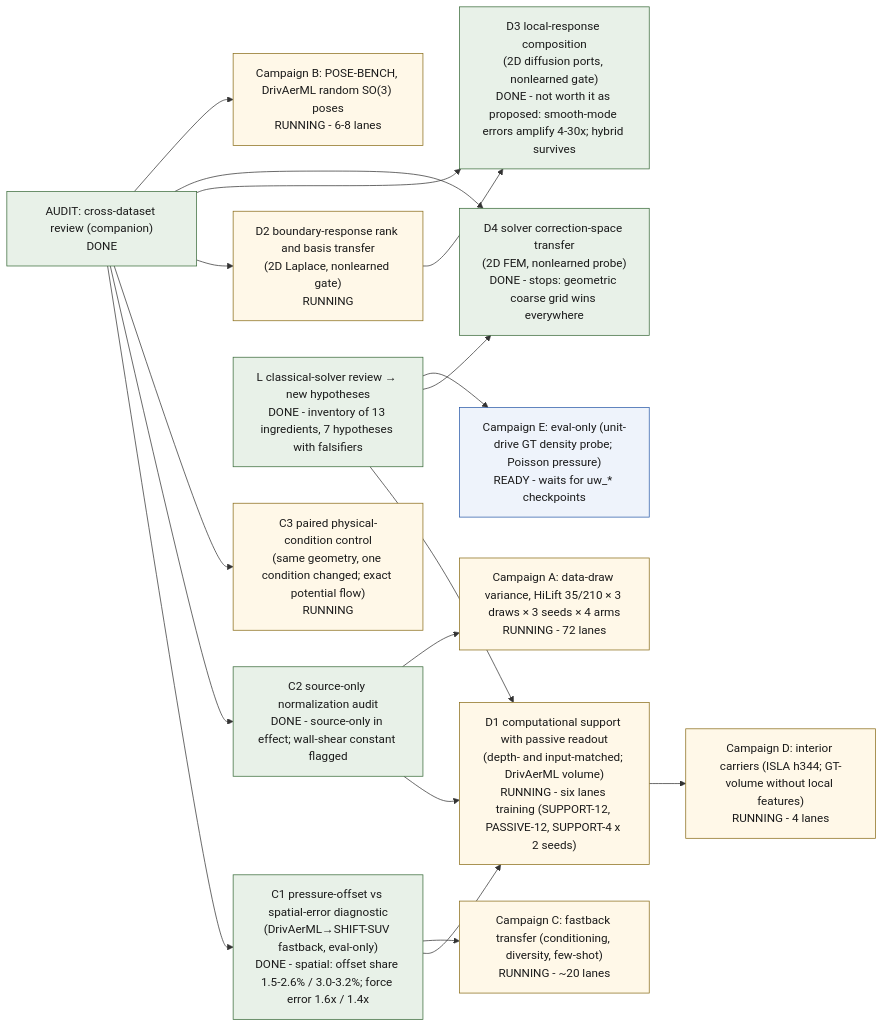
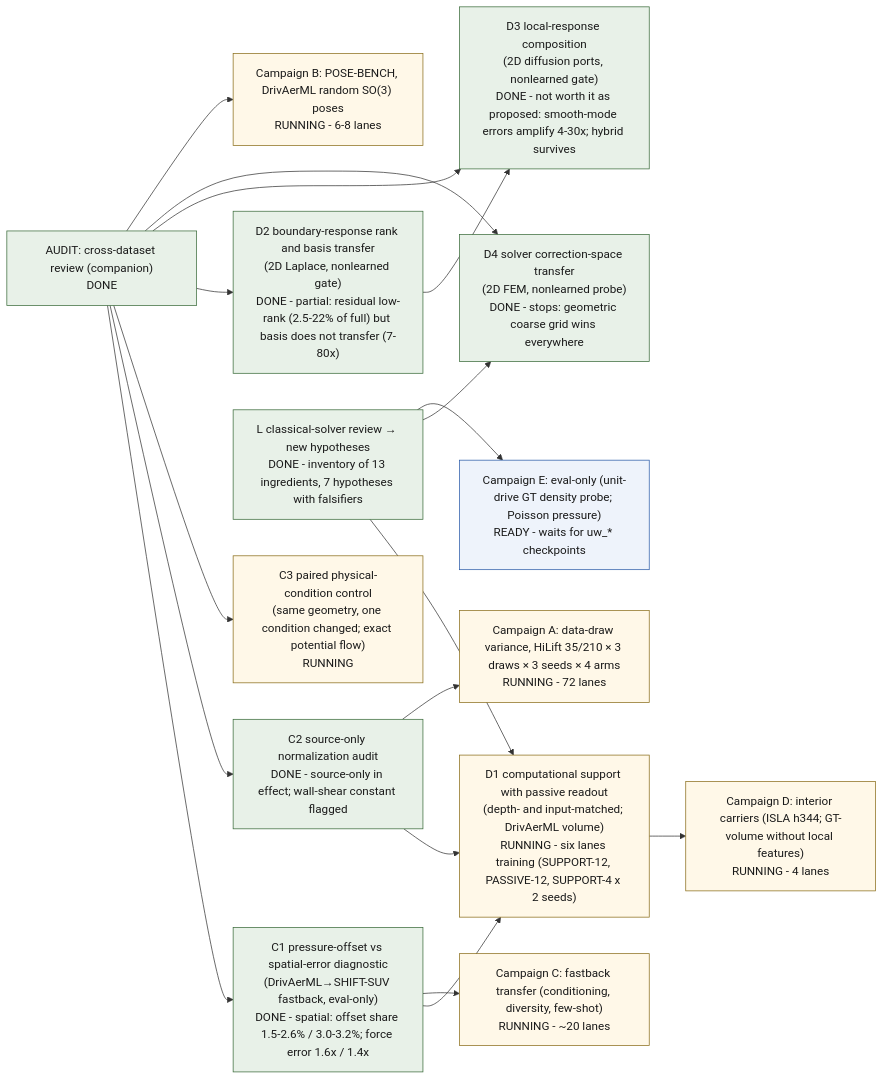
Before and after one commit to peterdsharpe/modulus: the diagram in examples/cfd/mesh_transformer/research/transfer_program/index.qmd, drawn with Mermaid. The commit also changed other lines of this file and 4 other files, not shown here.

Commit message:
Transfer program: D2 boundary-response verdict (partial: low-rank residual, non-transferable basis), chapter, ledger

````diff
--- a/examples/cfd/mesh_transformer/research/transfer_program/index.qmd
+++ b/examples/cfd/mesh_transformer/research/transfer_program/index.qmd
@@ -36,37 +36,37 @@
 ```{mermaid}
 flowchart LR
   classDef done fill:#e8f1e8,stroke:#3a6b3a,color:#1a1a1a
   classDef running fill:#fff8e8,stroke:#8a6d1a,color:#1a1a1a
   classDef ready fill:#eef3fb,stroke:#2a5ba8,color:#1a1a1a
   classDef planned fill:#f2f1ec,stroke:#898781,color:#1a1a1a,stroke-dasharray:4 3
   AUDIT["AUDIT: cross-dataset review (companion)<br/>DONE"]:::done
   POFF["C1 pressure-offset vs spatial-error diagnostic<br/>(DrivAerML→SHIFT-SUV fastback, eval-only)<br/>DONE - spatial: offset share 1.5-2.6% / 3.0-3.2%; force error 1.6x / 1.4x"]:::done
   SNORM["C2 source-only normalization audit<br/>DONE - source-only in effect; wall-shear constant flagged"]:::done
   PAIR["C3 paired physical-condition control<br/>(same geometry, one condition changed; exact potential flow)<br/>RUNNING"]:::running
   SUPP["D1 computational support with passive readout<br/>(depth- and input-matched; DrivAerML volume)<br/>RUNNING - six lanes training (SUPPORT-12, PASSIVE-12, SUPPORT-4 x 2 seeds)"]:::running
-  RESP["D2 boundary-response rank and basis transfer<br/>(2D Laplace, nonlearned gate)<br/>RUNNING"]:::running
+  RESP["D2 boundary-response rank and basis transfer<br/>(2D Laplace, nonlearned gate)<br/>DONE - partial: residual low-rank (2.5-22% of full) but basis does not transfer (7-80x)"]:::done
   COMP["D3 local-response composition<br/>(2D diffusion ports, nonlearned gate)<br/>DONE - not worth it as proposed: smooth-mode errors amplify 4-30x; hybrid survives"]:::done
   SOLV["D4 solver correction-space transfer<br/>(2D FEM, nonlearned probe)<br/>DONE - stops: geometric coarse grid wins everywhere"]:::done
   CLASS["L classical-solver review → new hypotheses<br/>DONE - inventory of 13 ingredients, 7 hypotheses with falsifiers"]:::done
   CAMPA["Campaign A: data-draw variance, HiLift 35/210 × 3 draws × 3 seeds × 4 arms<br/>RUNNING - 72 lanes"]:::running
   CAMPB["Campaign B: POSE-BENCH, DrivAerML random SO(3) poses<br/>RUNNING - 6-8 lanes"]:::running
   CAMPC["Campaign C: fastback transfer (conditioning, diversity, few-shot)<br/>RUNNING - ~20 lanes"]:::running
   CAMPD["Campaign D: interior carriers (ISLA h344; GT-volume without local features)<br/>RUNNING - 4 lanes"]:::running
   CAMPE["Campaign E: eval-only (unit-drive GT density probe; Poisson pressure)<br/>READY - waits for uw_* checkpoints"]:::ready
   AUDIT --> POFF
   AUDIT --> SNORM
   AUDIT --> PAIR
   POFF --> SUPP
   SNORM --> SUPP
   AUDIT --> RESP
   AUDIT --> COMP
   AUDIT --> SOLV
   RESP --> COMP
   CLASS --> SUPP
   CLASS --> SOLV
   POFF --> CAMPC
   SNORM --> CAMPA
   CLASS --> CAMPE
   SUPP --> CAMPD
   AUDIT --> CAMPB
 ```
````
